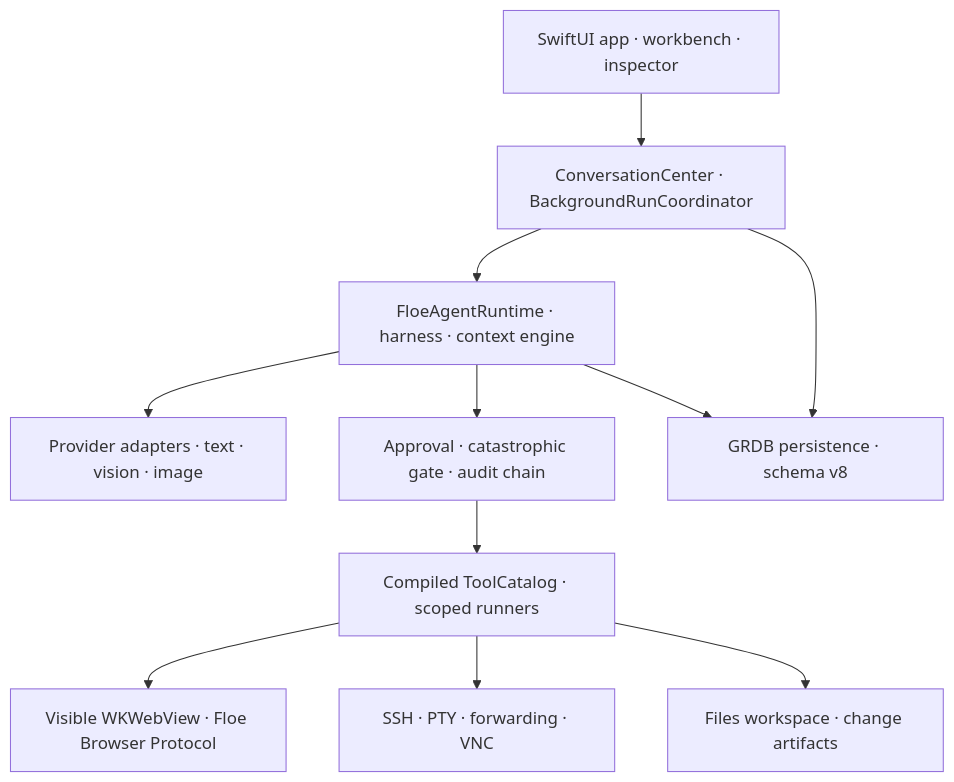
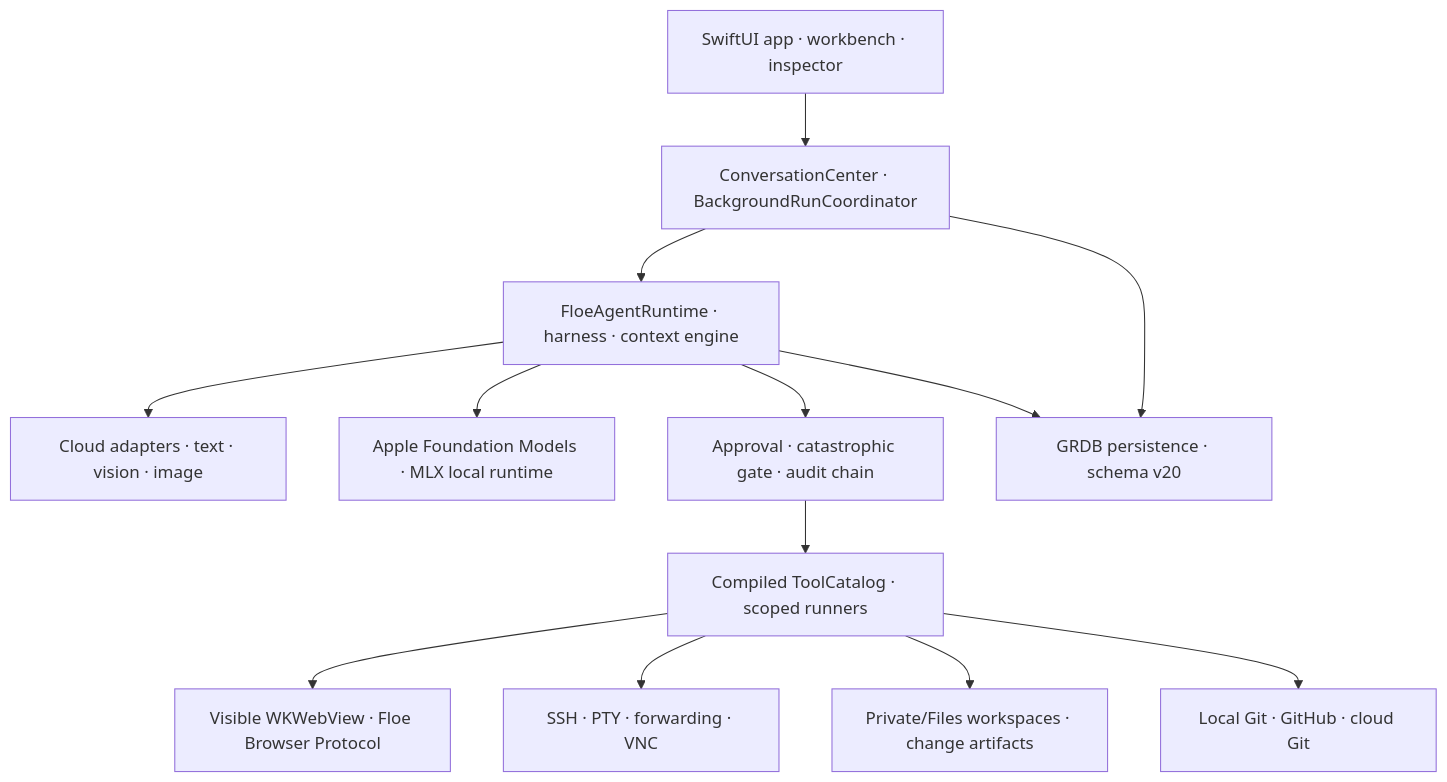
The first of 2 diagrams in docs/ARCHITECTURE_OVERVIEW.md (JiangNanGenius/floe-agent), drawn with Mermaid before and after one commit. The commit also changed other lines of this file and 9 other files, not shown here.

````diff
--- a/docs/ARCHITECTURE_OVERVIEW.md
+++ b/docs/ARCHITECTURE_OVERVIEW.md
@@ -20,24 +20,28 @@
 ```mermaid
 flowchart TB
     UI["SwiftUI app · workbench · inspector"]
     CENTER["ConversationCenter · BackgroundRunCoordinator"]
     RUNTIME["FloeAgentRuntime · harness · context engine"]
-    PROVIDERS["Provider adapters · text · vision · image"]
+    PROVIDERS["Cloud adapters · text · vision · image"]
+    LOCAL["Apple Foundation Models · MLX local runtime"]
     TOOLS["Compiled ToolCatalog · scoped runners"]
-    PERSIST["GRDB persistence · schema v8"]
+    PERSIST["GRDB persistence · schema v20"]
     SECURITY["Approval · catastrophic gate · audit chain"]
     BROWSER["Visible WKWebView · Floe Browser Protocol"]
     REMOTE["SSH · PTY · forwarding · VNC"]
-    FILES["Files workspace · change artifacts"]
+    FILES["Private/Files workspaces · change artifacts"]
+    GIT["Local Git · GitHub · cloud Git"]
 
     UI --> CENTER
     CENTER --> RUNTIME
     CENTER --> PERSIST
     RUNTIME --> PROVIDERS
+    RUNTIME --> LOCAL
     RUNTIME --> SECURITY
     SECURITY --> TOOLS
     TOOLS --> BROWSER
     TOOLS --> REMOTE
     TOOLS --> FILES
+    TOOLS --> GIT
     RUNTIME --> PERSIST
 ```
````
